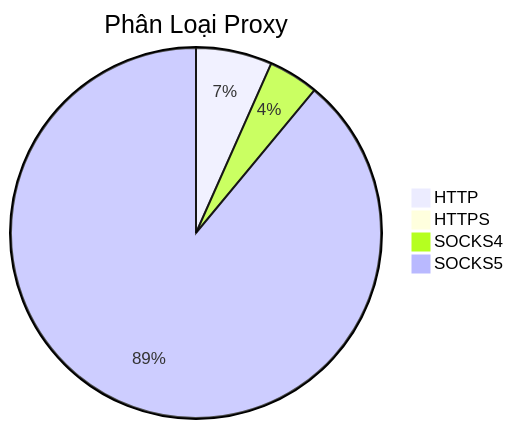
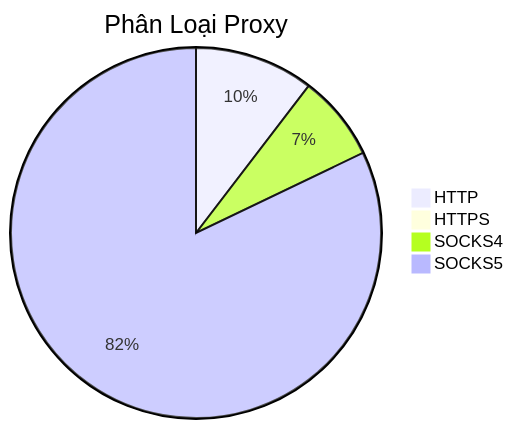
The diagram in README.md (Ciara-Aa/PROXY-free), drawn with Mermaid before and after one commit. The commit also changed other lines of this file and 4 other files, not shown here.

````diff
--- a/README.md
+++ b/README.md
@@ -26,7 +26,7 @@
 ```mermaid
 pie title Phân Loại Proxy
-    "HTTP" : 521
-    "HTTPS" : 1
-    "SOCKS4" : 342
-    "SOCKS5" : 6970
+    "HTTP" : 410
+    "HTTPS" : 5
+    "SOCKS4" : 295
+    "SOCKS5" : 3238
 ```
````
